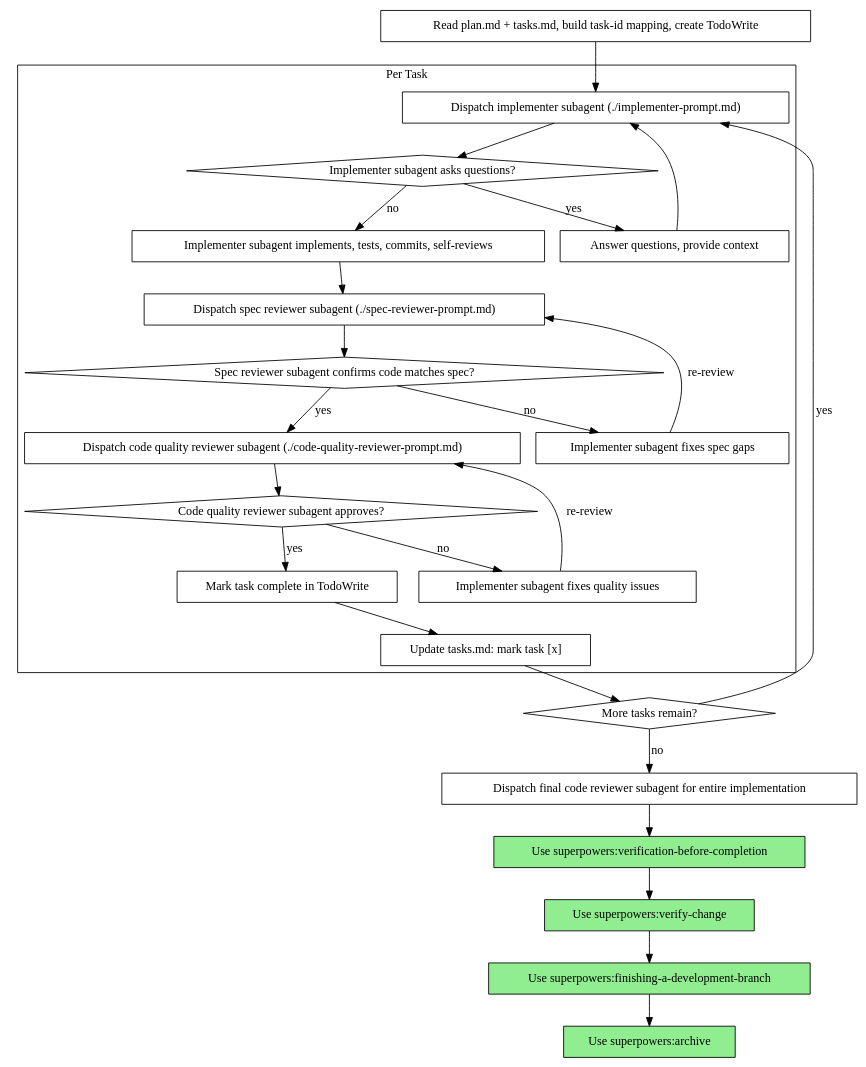
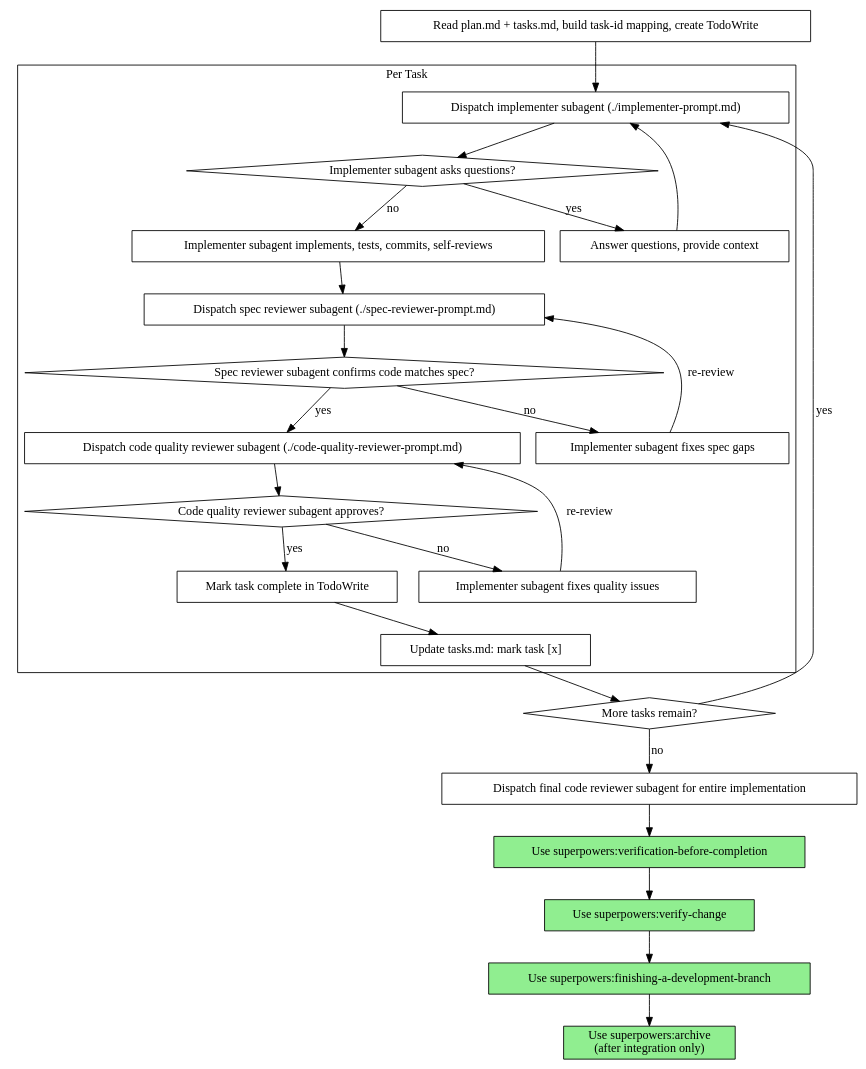
The second of 2 diagrams in community/superpowers/skills/subagent-driven-development/SKILL.md (jieli-cqwl/org-claude-skills), drawn with Graphviz before and after one commit. The commit also changed other lines of this file and 8 other files, not shown here.

````diff
--- a/community/superpowers/skills/subagent-driven-development/SKILL.md
+++ b/community/superpowers/skills/subagent-driven-development/SKILL.md
@@ -35,52 +35,52 @@
 ```dot
 digraph process {
     rankdir=TB;
 
     subgraph cluster_per_task {
         label="Per Task";
         "Dispatch implementer subagent (./implementer-prompt.md)" [shape=box];
         "Implementer subagent asks questions?" [shape=diamond];
         "Answer questions, provide context" [shape=box];
         "Implementer subagent implements, tests, commits, self-reviews" [shape=box];
         "Dispatch spec reviewer subagent (./spec-reviewer-prompt.md)" [shape=box];
         "Spec reviewer subagent confirms code matches spec?" [shape=diamond];
         "Implementer subagent fixes spec gaps" [shape=box];
         "Dispatch code quality reviewer subagent (./code-quality-reviewer-prompt.md)" [shape=box];
         "Code quality reviewer subagent approves?" [shape=diamond];
         "Implementer subagent fixes quality issues" [shape=box];
         "Mark task complete in TodoWrite" [shape=box];
         "Update tasks.md: mark task [x]" [shape=box];
     }
 
     "Read plan.md + tasks.md, build task-id mapping, create TodoWrite" [shape=box];
     "More tasks remain?" [shape=diamond];
     "Dispatch final code reviewer subagent for entire implementation" [shape=box];
     "Use superpowers:verification-before-completion" [shape=box style=filled fillcolor=lightgreen];
     "Use superpowers:verify-change" [shape=box style=filled fillcolor=lightgreen];
     "Use superpowers:finishing-a-development-branch" [shape=box style=filled fillcolor=lightgreen];
-    "Use superpowers:archive" [shape=box style=filled fillcolor=lightgreen];
+    "Use superpowers:archive\n(after integration only)" [shape=box style=filled fillcolor=lightgreen];
 
     "Read plan.md + tasks.md, build task-id mapping, create TodoWrite" -> "Dispatch implementer subagent (./implementer-prompt.md)";
     "Dispatch implementer subagent (./implementer-prompt.md)" -> "Implementer subagent asks questions?";
     "Implementer subagent asks questions?" -> "Answer questions, provide context" [label="yes"];
     "Answer questions, provide context" -> "Dispatch implementer subagent (./implementer-prompt.md)";
     "Implementer subagent asks questions?" -> "Implementer subagent implements, tests, commits, self-reviews" [label="no"];
     "Implementer subagent implements, tests, commits, self-reviews" -> "Dispatch spec reviewer subagent (./spec-reviewer-prompt.md)";
     "Dispatch spec reviewer subagent (./spec-reviewer-prompt.md)" -> "Spec reviewer subagent confirms code matches spec?";
     "Spec reviewer subagent confirms code matches spec?" -> "Implementer subagent fixes spec gaps" [label="no"];
     "Implementer subagent fixes spec gaps" -> "Dispatch spec reviewer subagent (./spec-reviewer-prompt.md)" [label="re-review"];
     "Spec reviewer subagent confirms code matches spec?" -> "Dispatch code quality reviewer subagent (./code-quality-reviewer-prompt.md)" [label="yes"];
     "Dispatch code quality reviewer subagent (./code-quality-reviewer-prompt.md)" -> "Code quality reviewer subagent approves?";
     "Code quality reviewer subagent approves?" -> "Implementer subagent fixes quality issues" [label="no"];
     "Implementer subagent fixes quality issues" -> "Dispatch code quality reviewer subagent (./code-quality-reviewer-prompt.md)" [label="re-review"];
     "Code quality reviewer subagent approves?" -> "Mark task complete in TodoWrite" [label="yes"];
     "Mark task complete in TodoWrite" -> "Update tasks.md: mark task [x]";
     "Update tasks.md: mark task [x]" -> "More tasks remain?";
     "More tasks remain?" -> "Dispatch implementer subagent (./implementer-prompt.md)" [label="yes"];
     "More tasks remain?" -> "Dispatch final code reviewer subagent for entire implementation" [label="no"];
     "Dispatch final code reviewer subagent for entire implementation" -> "Use superpowers:verification-before-completion";
     "Use superpowers:verification-before-completion" -> "Use superpowers:verify-change";
     "Use superpowers:verify-change" -> "Use superpowers:finishing-a-development-branch";
-    "Use superpowers:finishing-a-development-branch" -> "Use superpowers:archive";
+    "Use superpowers:finishing-a-development-branch" -> "Use superpowers:archive\n(after integration only)";
 }
 ```
````
